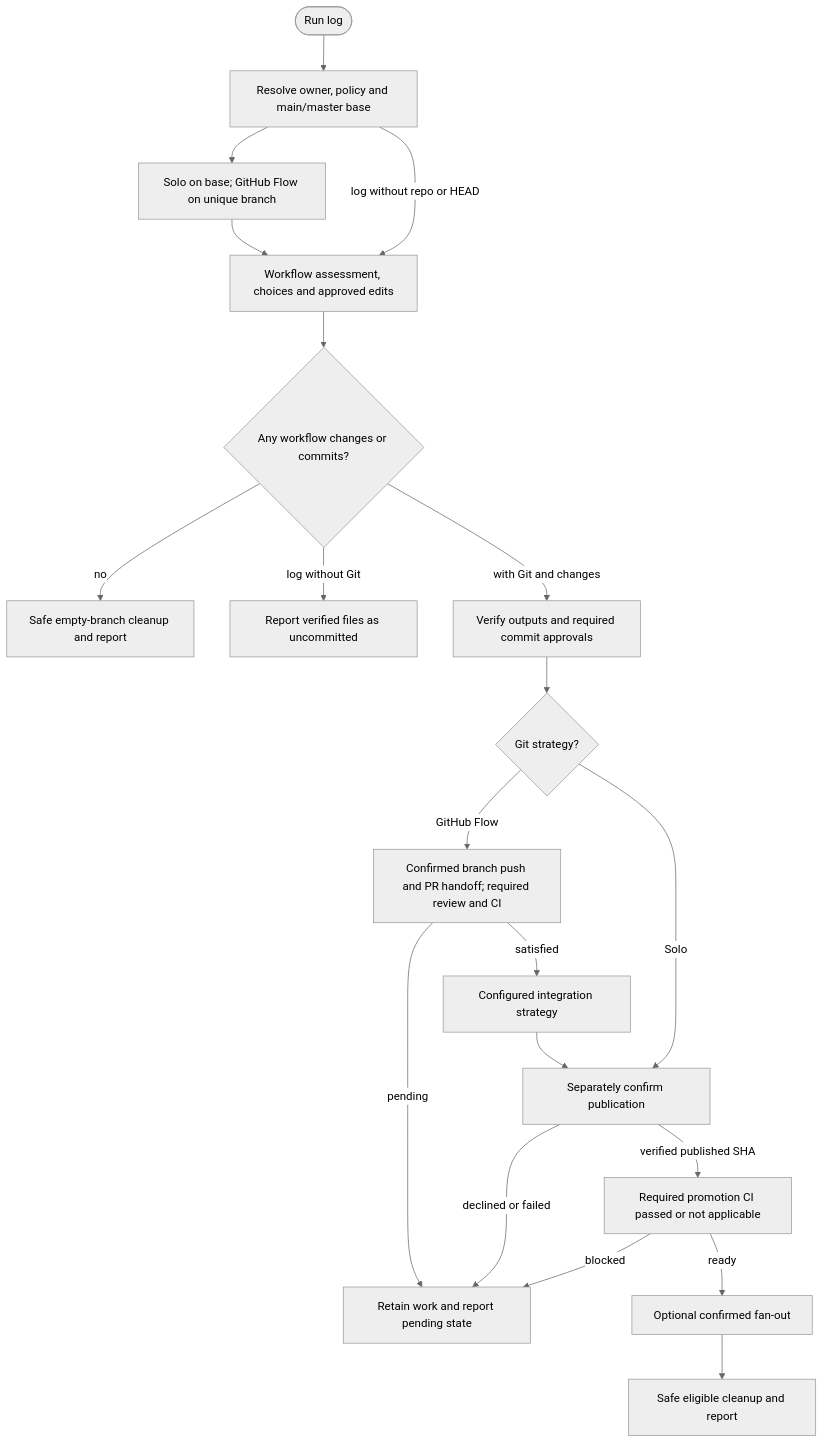
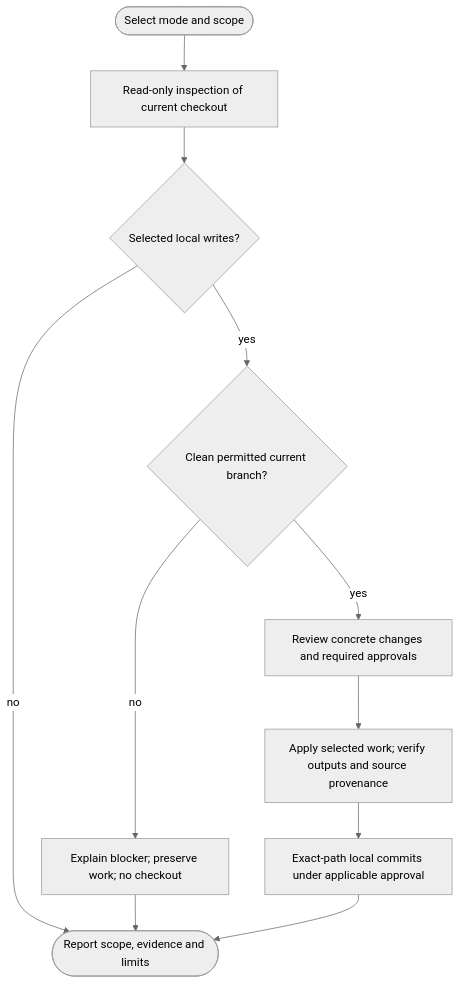
One commit to myowinthein/agent-helm changed the diagram in docs/commands/log.md. Above: the diagram before and after it, drawn with Mermaid (neutral theme). The commit also changed other lines of this file and 101 other files, not shown here.

````diff
--- a/docs/commands/log.md
+++ b/docs/commands/log.md
@@ -15,22 +33,13 @@
 ```mermaid
 flowchart TD
-  Start([Run log]) --> Prepare[Resolve owner, policy and main/master base]
-  Prepare --> Branch[Solo on base; GitHub Flow on unique branch]
-  Prepare -->|log without repo or HEAD| Work
-  Branch --> Work[Workflow assessment, choices and approved edits]
-  Work --> Changed{Any workflow changes or commits?}
-  Changed -->|no| Noop[Safe empty-branch cleanup and report]
-  Changed -->|log without Git| Uncommitted[Report verified files as uncommitted]
-  Changed -->|with Git and changes| Verify[Verify outputs and required commit approvals]
-  Verify --> Mode{Git strategy?}
-  Mode -->|GitHub Flow| Review[Confirmed branch push and PR handoff; required review and CI]
-  Review -->|pending| Pending[Retain work and report pending state]
-  Review -->|satisfied| Merge[Configured integration strategy]
-  Mode -->|Solo| Push
-  Merge --> Push[Separately confirm publication]
-  Push -->|declined or failed| Pending
-  Push -->|verified published SHA| CI[Required promotion CI passed or not applicable]
-  CI -->|blocked| Pending
-  CI -->|ready| Promote[Optional confirmed fan-out]
-  Promote --> Cleanup[Safe eligible cleanup and report]
+  Start([Select mode and scope]) --> Inspect[Read-only inspection of current checkout]
+  Inspect --> Write{Selected local writes?}
+  Write -->|no| Report([Report scope, evidence and limits])
+  Write -->|yes| Ready{Clean permitted current branch?}
+  Ready -->|no| Block[Explain blocker; preserve work; no checkout]
+  Block --> Report
+  Ready -->|yes| Review[Review concrete changes and required approvals]
+  Review --> Apply[Apply selected work; verify outputs and source provenance]
+  Apply --> Commit[Exact-path local commits under applicable approval]
+  Commit --> Report
 ```
````
